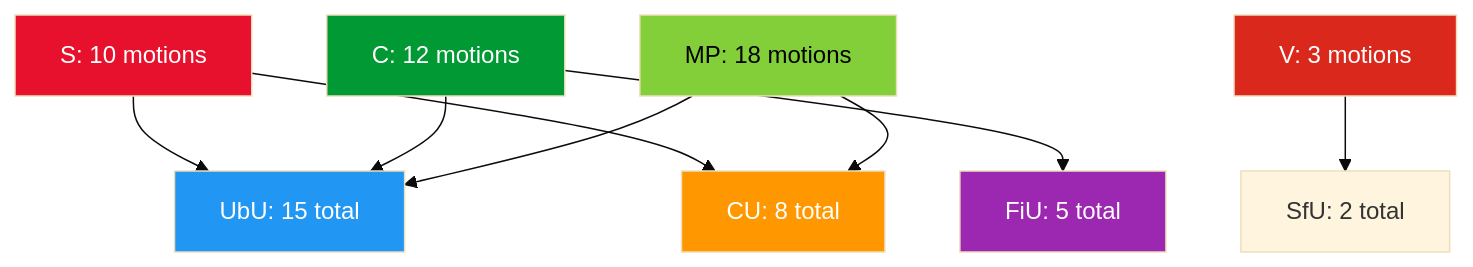
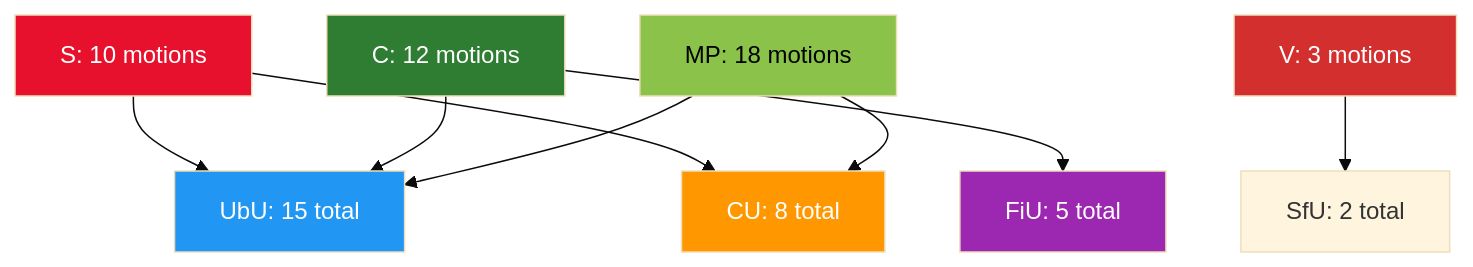
Before and after one commit to Hack23/riksdagsmonitor: the diagram in analysis/daily/2026-04-06/motions/swot-analysis.md, drawn with Mermaid (base theme). The commit also changed 785 other files, not shown here.

First line of the commit message:
Normalize mermaid colors across 786 analysis artifacts to ISMS Style Guide palette

````diff
--- a/analysis/daily/2026-04-06/motions/swot-analysis.md
+++ b/analysis/daily/2026-04-06/motions/swot-analysis.md
@@ -12,18 +12,18 @@
 ```mermaid
 graph TD
     style S fill:#e8112d,color:white
-    style C fill:#009933,color:white
-    style MP fill:#83cf39,color:black
-    style V fill:#da291c,color:white
+    style C fill:#2E7D32,color:white
+    style MP fill:#8BC34A,color:black
+    style V fill:#D32F2F,color:white
     style UbU fill:#2196F3,color:white
     style CU fill:#FF9800,color:white
     style FiU fill:#9C27B0,color:white
     
     S[S: 10 motions] --> UbU[UbU: 15 total]
     S --> CU[CU: 8 total]
     C[C: 12 motions] --> UbU
     C --> FiU[FiU: 5 total]
     MP[MP: 18 motions] --> UbU
     MP --> CU
     V[V: 3 motions] --> SfU[SfU: 2 total]
 ```
````
